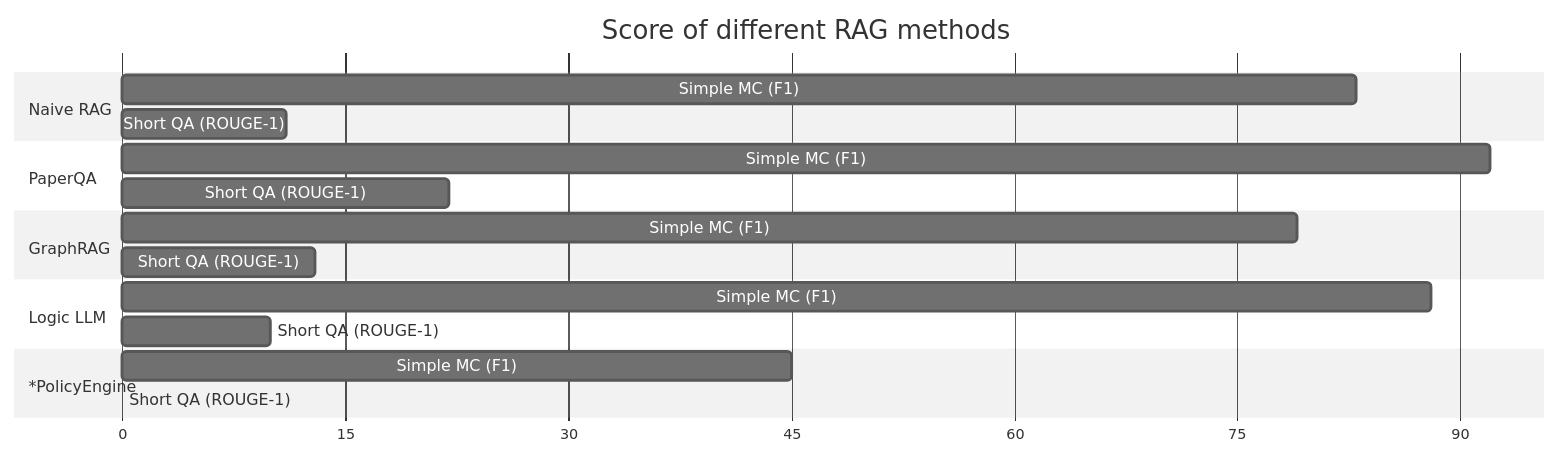
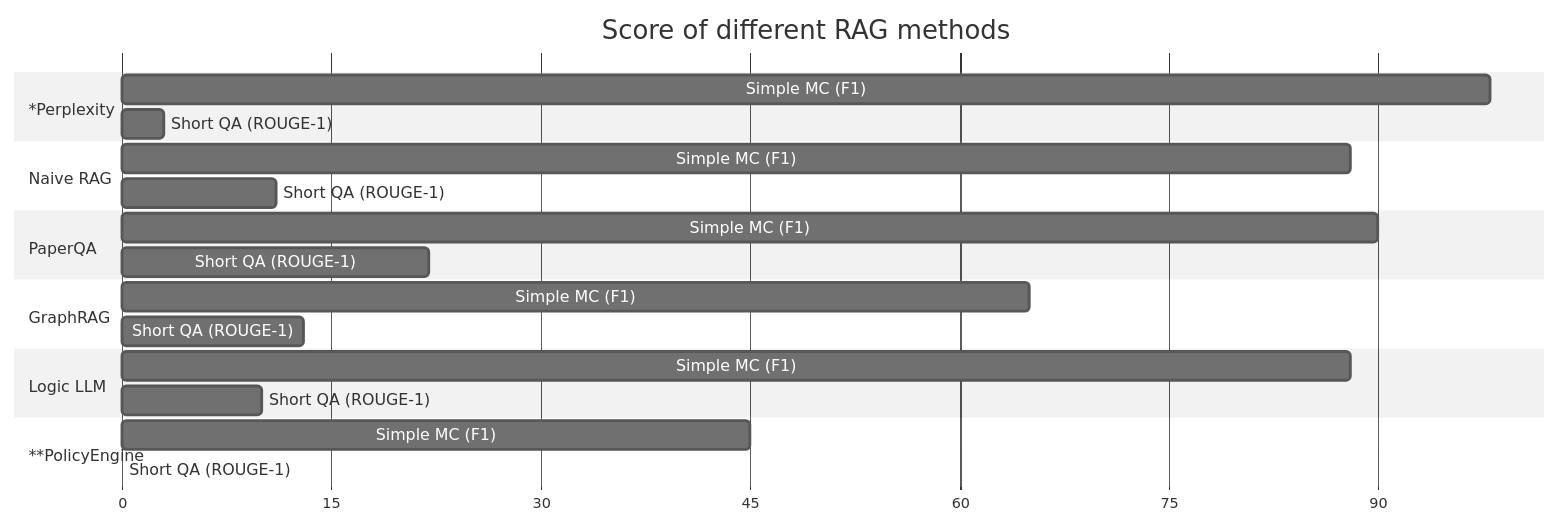
Before and after one commit to Georgetown-MDI-Beeck-Collaboration/p2c2024-RAG-benchmark: the second of 2 diagrams in README.md, drawn with Mermaid (neutral theme). The commit also changed other lines of this file, not shown here.

Commit message:
Added score for perplexity and adjusted score based on lawyer's input

````diff
--- a/README.md
+++ b/README.md
@@ -40,22 +39,25 @@
 ```mermaid
 gantt
     title Score of different RAG methods
     dateFormat  X
     axisFormat %s
 
+    section *Perplexity
+    Simple MC (F1)         : 0, 98
+    Short QA (ROUGE-1)   : 0, 3
     section Naive RAG
-    Simple MC (F1)         : 0, 83
+    Simple MC (F1)         : 0, 88
     Short QA (ROUGE-1)   : 0, 11
     section PaperQA
-    Simple MC (F1)         : 0, 92
+    Simple MC (F1)         : 0, 90
     Short QA (ROUGE-1)   : 0, 22
     section GraphRAG
-    Simple MC (F1)         : 0, 79
+    Simple MC (F1)         : 0, 65
     Short QA (ROUGE-1)   : 0, 13
     section Logic LLM
     Simple MC (F1)         : 0, 88
     Short QA (ROUGE-1)   : 0, 10
-    section *PolicyEngine
+    section **PolicyEngine
     Simple MC (F1)         : 0, 45
     Short QA (ROUGE-1)   : 0, 0
 ```
````
